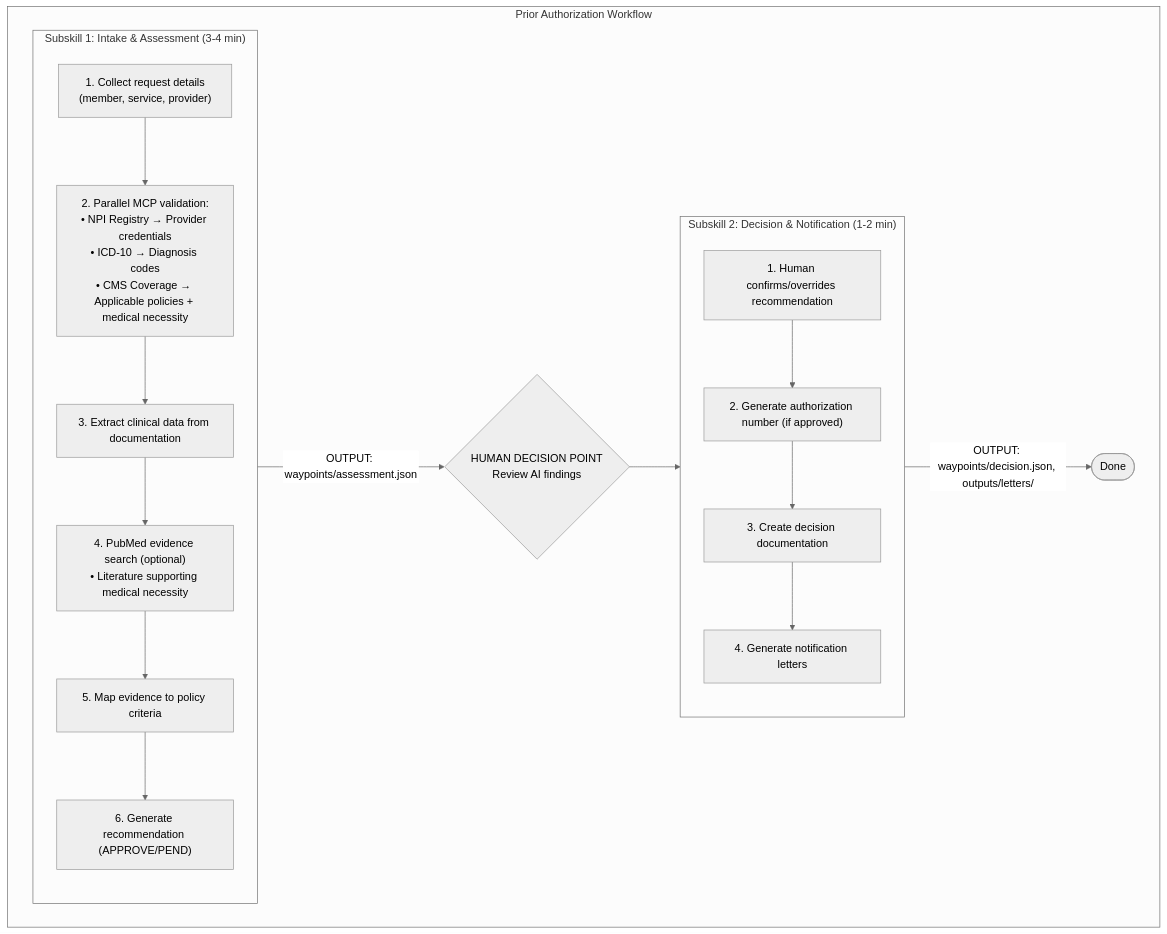
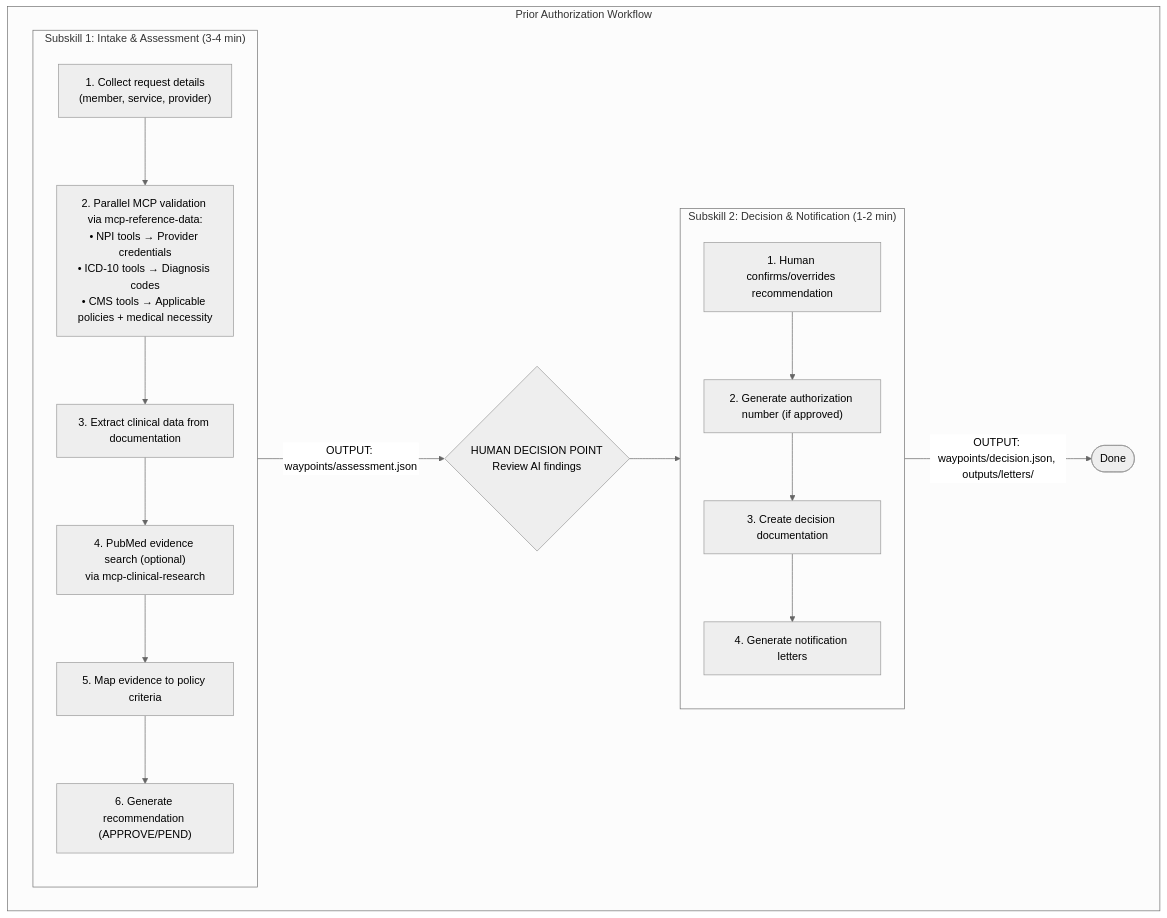
One commit to JinLee794/Azure-Healthcare-Marketplace-Demo changed the diagram in .github/skills/prior-auth-azure/SKILL.md. Above: the diagram before and after it, drawn with Mermaid (neutral theme). The commit also changed other lines of this file and 5 other files, not shown here.

First line of the commit message:
docs: update skills to reflect consolidated MCP server architecture (7→3 servers)

````diff
--- a/.github/skills/prior-auth-azure/SKILL.md
+++ b/.github/skills/prior-auth-azure/SKILL.md
@@ -64,30 +62,30 @@
 ```mermaid
 flowchart TD
     subgraph PA["Prior Authorization Workflow"]
         subgraph SUB1["Subskill 1: Intake & Assessment (3-4 min)"]
             S1A["1. Collect request details<br/>(member, service, provider)"]
-            S1B["2. Parallel MCP validation:<br/>• NPI Registry → Provider credentials<br/>• ICD-10 → Diagnosis codes<br/>• CMS Coverage → Applicable policies + medical necessity"]
+            S1B["2. Parallel MCP validation via mcp-reference-data:<br/>• NPI tools → Provider credentials<br/>• ICD-10 tools → Diagnosis codes<br/>• CMS tools → Applicable policies + medical necessity"]
             S1C["3. Extract clinical data from documentation"]
-            S1Lit["4. PubMed evidence search (optional)<br/>• Literature supporting medical necessity"]
+            S1Lit["4. PubMed evidence search (optional)<br/>via mcp-clinical-research"]
             S1D["5. Map evidence to policy criteria"]
             S1E["6. Generate recommendation (APPROVE/PEND)"]
             S1A --> S1B --> S1C --> S1Lit --> S1D --> S1E
         end
 
         SUB1 -->|"OUTPUT: waypoints/assessment.json"| HUMAN
 
         HUMAN{"HUMAN DECISION POINT<br/>Review AI findings"}
 
         HUMAN --> SUB2
 
         subgraph SUB2["Subskill 2: Decision & Notification (1-2 min)"]
             S2A["1. Human confirms/overrides recommendation"]
             S2B["2. Generate authorization number (if approved)"]
             S2C["3. Create decision documentation"]
             S2D["4. Generate notification letters"]
             S2A --> S2B --> S2C --> S2D
         end
 
         SUB2 -->|"OUTPUT: waypoints/decision.json, outputs/letters/"| DONE(["Done"])
     end
 ```
````
